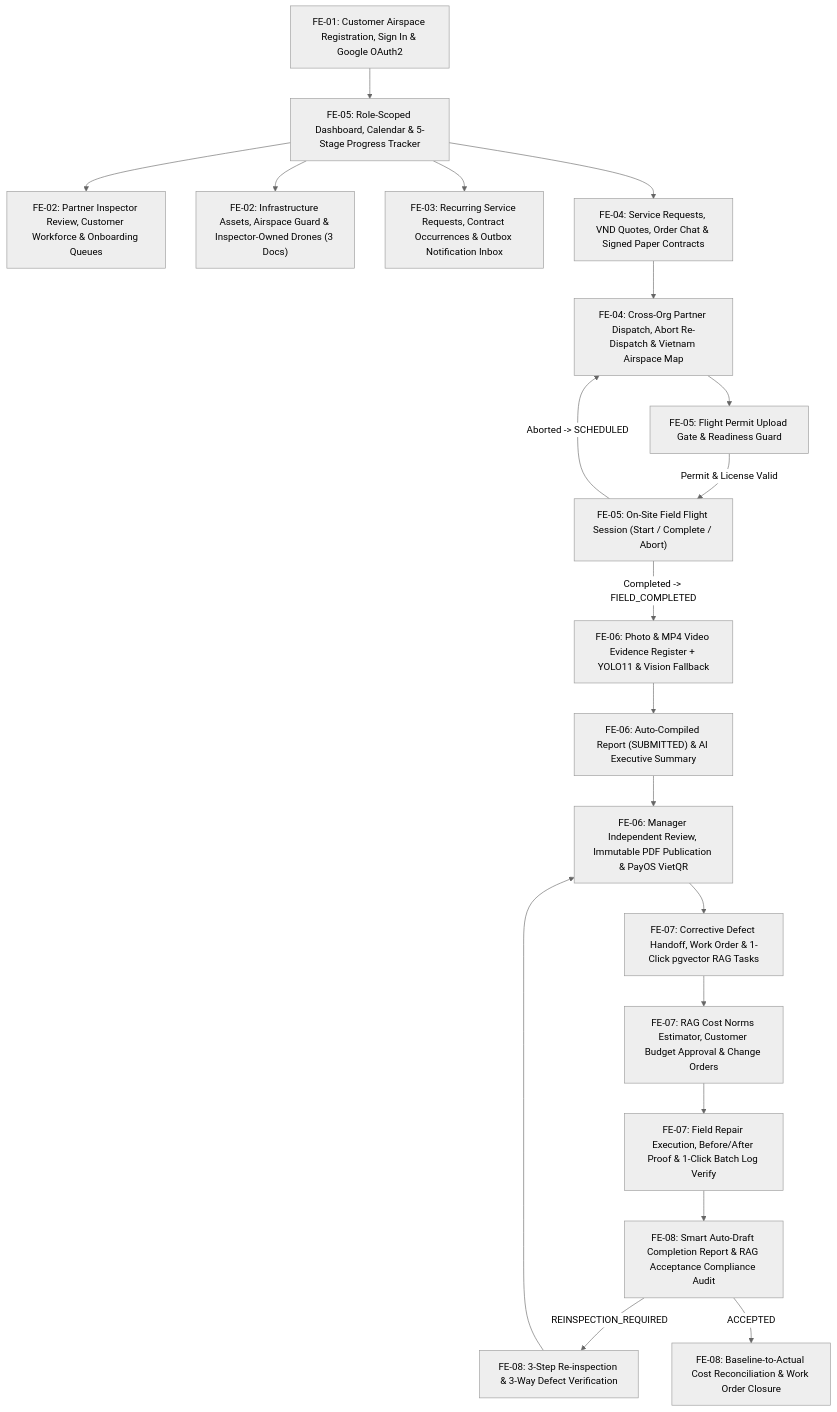
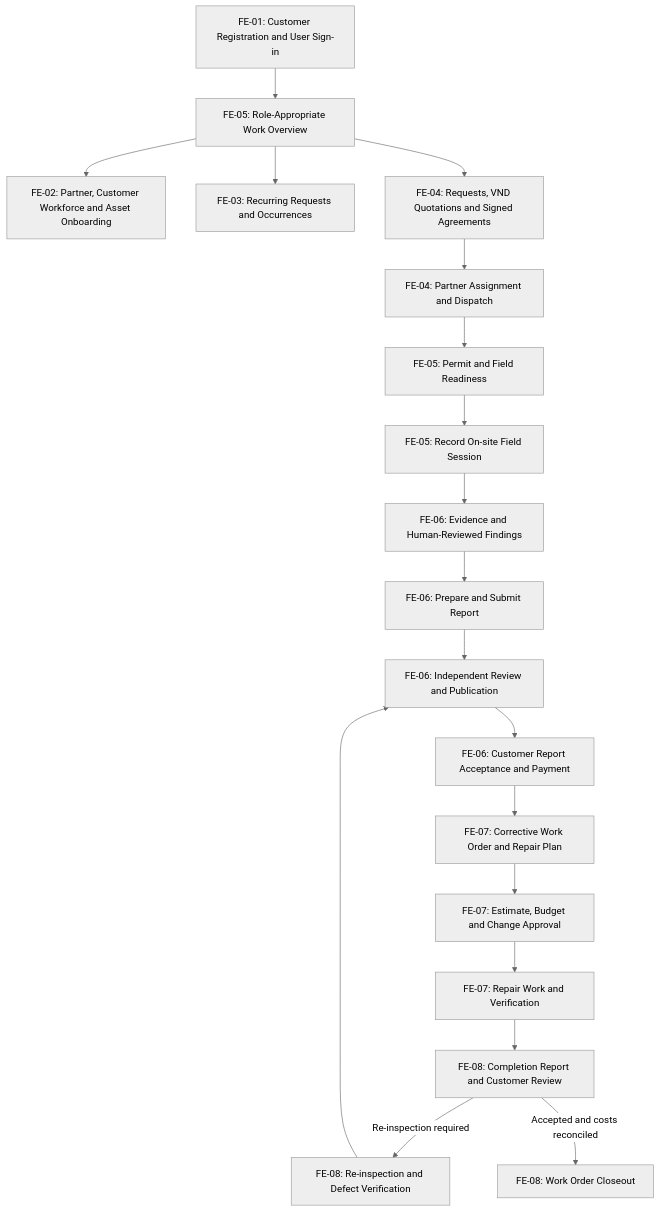
The first of 2 diagrams in reports/report-3-software-requirement-specification/03-functional-requirements.md (tungbach12/SmartDroneInspection-Docs), drawn with Mermaid (neutral theme) before and after one commit. The commit also changed other lines of this file and 30 other files, not shown here.

````diff
--- a/reports/report-3-software-requirement-specification/03-functional-requirements.md
+++ b/reports/report-3-software-requirement-specification/03-functional-requirements.md
@@ -16,28 +16,22 @@
 ```mermaid
-%% title: Screens Flow Diagram
+%% title: Business Screens Flow Diagram
 flowchart TD
-  LOGIN["FE-01: Customer Airspace Registration, Sign In & Google OAuth2"] --> DASH["FE-05: Role-Scoped Dashboard, Calendar & 5-Stage Progress Tracker"]
-
-  DASH --> ONBOARD["FE-02: Partner Inspector Review, Customer Workforce & Onboarding Queues"]
-  DASH --> ASSETS["FE-02: Infrastructure Assets, Airspace Guard & Inspector-Owned Drones (3 Docs)"]
-  DASH --> SCHED["FE-03: Recurring Service Requests, Contract Occurrences & Outbox Notification Inbox"]
-
-  DASH --> CONTRACTS["FE-04: Service Requests, VND Quotes, Order Chat & Signed Paper Contracts"]
-  CONTRACTS --> DISPATCH["FE-04: Cross-Org Partner Dispatch, Abort Re-Dispatch & Vietnam Airspace Map"]
-  DISPATCH --> PERMIT["FE-05: Flight Permit Upload Gate & Readiness Guard"]
-  PERMIT -->|"Permit & License Valid"| FIELD["FE-05: On-Site Field Flight Session (Start / Complete / Abort)"]
-
-  FIELD -->|"Aborted -> SCHEDULED"| DISPATCH
-  FIELD -->|"Completed -> FIELD_COMPLETED"| EVIDENCE["FE-06: Photo & MP4 Video Evidence Register + YOLO11 & Vision Fallback"]
-  EVIDENCE --> REPORT_AUTO["FE-06: Auto-Compiled Report (SUBMITTED) & AI Executive Summary"]
-
-  REPORT_AUTO --> REPORT_PUB["FE-06: Manager Independent Review, Immutable PDF Publication & PayOS VietQR"]
-  REPORT_PUB --> WO_PLAN["FE-07: Corrective Defect Handoff, Work Order & 1-Click pgvector RAG Tasks"]
-
-  WO_PLAN --> WO_EST["FE-07: RAG Cost Norms Estimator, Customer Budget Approval & Change Orders"]
-  WO_EST --> WO_EXEC["FE-07: Field Repair Execution, Before/After Proof & 1-Click Batch Log Verify"]
-  WO_EXEC --> WO_COMP["FE-08: Smart Auto-Draft Completion Report & RAG Acceptance Compliance Audit"]
-  WO_COMP -->|"REINSPECTION_REQUIRED"| REINSP["FE-08: 3-Step Re-inspection & 3-Way Defect Verification"]
-  REINSP --> REPORT_PUB
-  WO_COMP -->|"ACCEPTED"| WO_CLOSE["FE-08: Baseline-to-Actual Cost Reconciliation & Work Order Closure"]
+  SIGNIN["FE-01: Customer Registration and User Sign-in"] --> HOME["FE-05: Role-Appropriate Work Overview"]
+  HOME --> ONBOARD["FE-02: Partner, Customer Workforce and Asset Onboarding"]
+  HOME --> REQUEST["FE-03: Recurring Requests and Occurrences"]
+  HOME --> QUOTE["FE-04: Requests, VND Quotations and Signed Agreements"]
+  QUOTE --> DISPATCH["FE-04: Partner Assignment and Dispatch"]
+  DISPATCH --> PERMIT["FE-05: Permit and Field Readiness"]
+  PERMIT --> FIELD["FE-05: Record On-site Field Session"]
+  FIELD --> EVIDENCE["FE-06: Evidence and Human-Reviewed Findings"]
+  EVIDENCE --> PREPARE["FE-06: Prepare and Submit Report"]
+  PREPARE --> REVIEW["FE-06: Independent Review and Publication"]
+  REVIEW --> PAYMENT["FE-06: Customer Report Acceptance and Payment"]
+  PAYMENT --> PLAN["FE-07: Corrective Work Order and Repair Plan"]
+  PLAN --> APPROVAL["FE-07: Estimate, Budget and Change Approval"]
+  APPROVAL --> REPAIR["FE-07: Repair Work and Verification"]
+  REPAIR --> COMPLETE["FE-08: Completion Report and Customer Review"]
+  COMPLETE -->|"Re-inspection required"| REINSPECT["FE-08: Re-inspection and Defect Verification"]
+  REINSPECT --> REVIEW
+  COMPLETE -->|"Accepted and costs reconciled"| CLOSE["FE-08: Work Order Closeout"]
 ```
````
